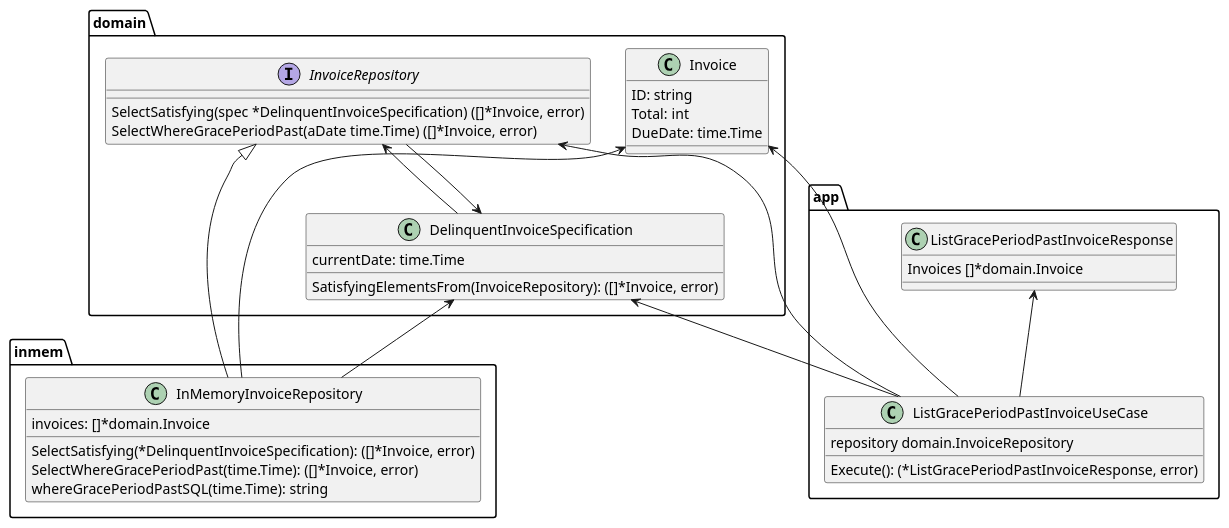
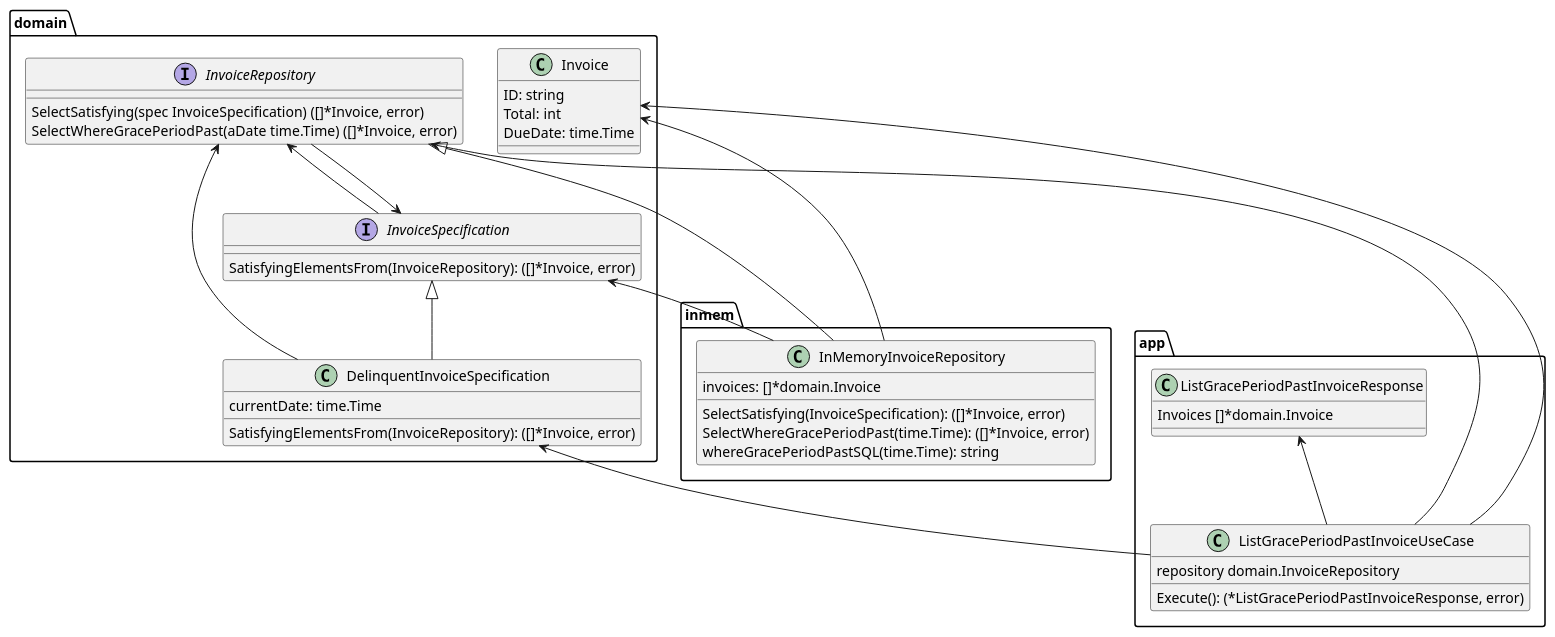
The diagram in docs/architecturer.puml (kenfdev/go-spec-repository-sample), drawn with PlantUML before and after one commit. The commit also changed 5 other files, not shown here.

```diff
--- a/docs/architecturer.puml
+++ b/docs/architecturer.puml
@@ -1,47 +1,52 @@
 @startuml
 
 package "inmem" {
     class InMemoryInvoiceRepository {
         invoices: []*domain.Invoice
-        SelectSatisfying(*DelinquentInvoiceSpecification): ([]*Invoice, error)
+        SelectSatisfying(InvoiceSpecification): ([]*Invoice, error)
         SelectWhereGracePeriodPast(time.Time): ([]*Invoice, error)
         whereGracePeriodPastSQL(time.Time): string
     }
 }
 
 package "app" {
     class ListGracePeriodPastInvoiceUseCase {
         repository domain.InvoiceRepository
         Execute(): (*ListGracePeriodPastInvoiceResponse, error)
     }
     class ListGracePeriodPastInvoiceResponse {
         Invoices []*domain.Invoice
     }
     ListGracePeriodPastInvoiceResponse <-- ListGracePeriodPastInvoiceUseCase
 }
 
 package "domain" {
     interface InvoiceRepository {
-        SelectSatisfying(spec *DelinquentInvoiceSpecification) ([]*Invoice, error)
+        SelectSatisfying(spec InvoiceSpecification) ([]*Invoice, error)
         SelectWhereGracePeriodPast(aDate time.Time) ([]*Invoice, error)
     }
     class Invoice {
         ID: string
         Total: int
         DueDate: time.Time
+    }
+    interface InvoiceSpecification {
+        SatisfyingElementsFrom(InvoiceRepository): ([]*Invoice, error)
     }
     class DelinquentInvoiceSpecification {
         currentDate: time.Time
         SatisfyingElementsFrom(InvoiceRepository): ([]*Invoice, error)
     }
 
     InvoiceRepository <|-- InMemoryInvoiceRepository
     InvoiceRepository <-- ListGracePeriodPastInvoiceUseCase
     InvoiceRepository <-- DelinquentInvoiceSpecification
-    DelinquentInvoiceSpecification <-- InvoiceRepository
-    DelinquentInvoiceSpecification <-- InMemoryInvoiceRepository
+    InvoiceRepository <-- InvoiceSpecification
+    InvoiceSpecification <-- InvoiceRepository
+    InvoiceSpecification <-- InMemoryInvoiceRepository
     DelinquentInvoiceSpecification <-- ListGracePeriodPastInvoiceUseCase
+    InvoiceSpecification <|-- DelinquentInvoiceSpecification
     Invoice <-- ListGracePeriodPastInvoiceUseCase
     Invoice <-- InMemoryInvoiceRepository
 }
 @enduml
```
